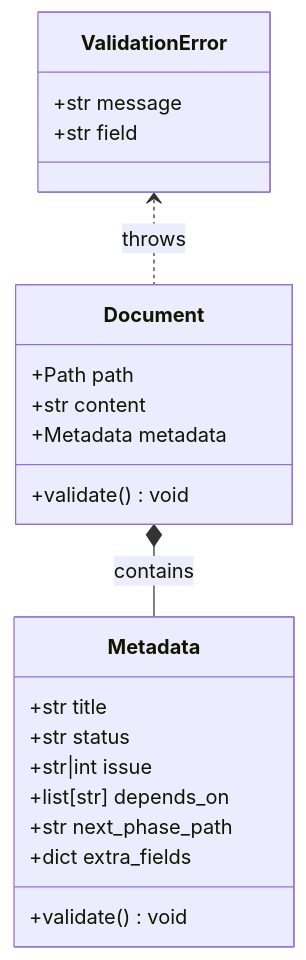
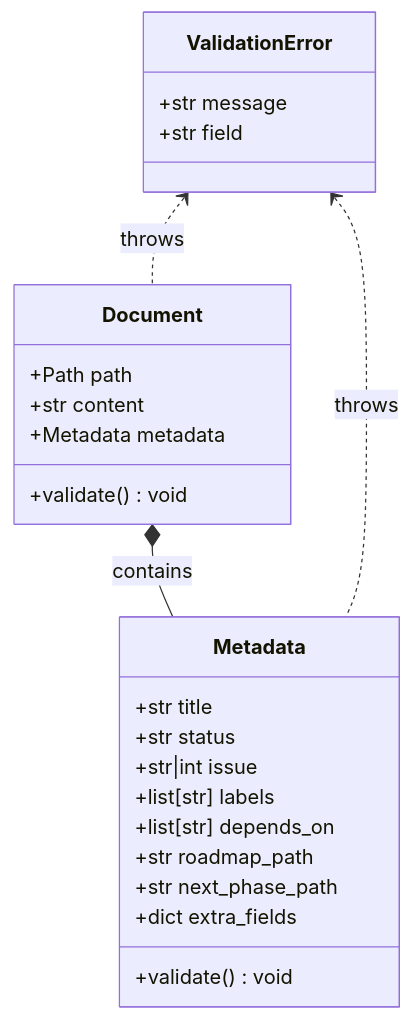
Before and after one commit to masa-codehub/issue_creator_kit: the diagram in docs/specs/data/document_model.md, drawn with Mermaid. The commit also changed other lines of this file, not shown here.

````diff
--- a/docs/specs/data/document_model.md
+++ b/docs/specs/data/document_model.md
@@ -10,25 +16,28 @@
 ```mermaid
 classDiagram
     class Document {
         +Path path
         +str content
         +Metadata metadata
         +validate() void
     }
     class Metadata {
         +str title
         +str status
         +str|int issue
+        +list[str] labels
         +list[str] depends_on
+        +str roadmap_path
         +str next_phase_path
         +dict extra_fields
         +validate() void
     }
     class ValidationError {
         +str message
         +str field
     }
 
     Document *-- Metadata : contains
     ValidationError <.. Document : throws
+    ValidationError <.. Metadata : throws
 ```
````
